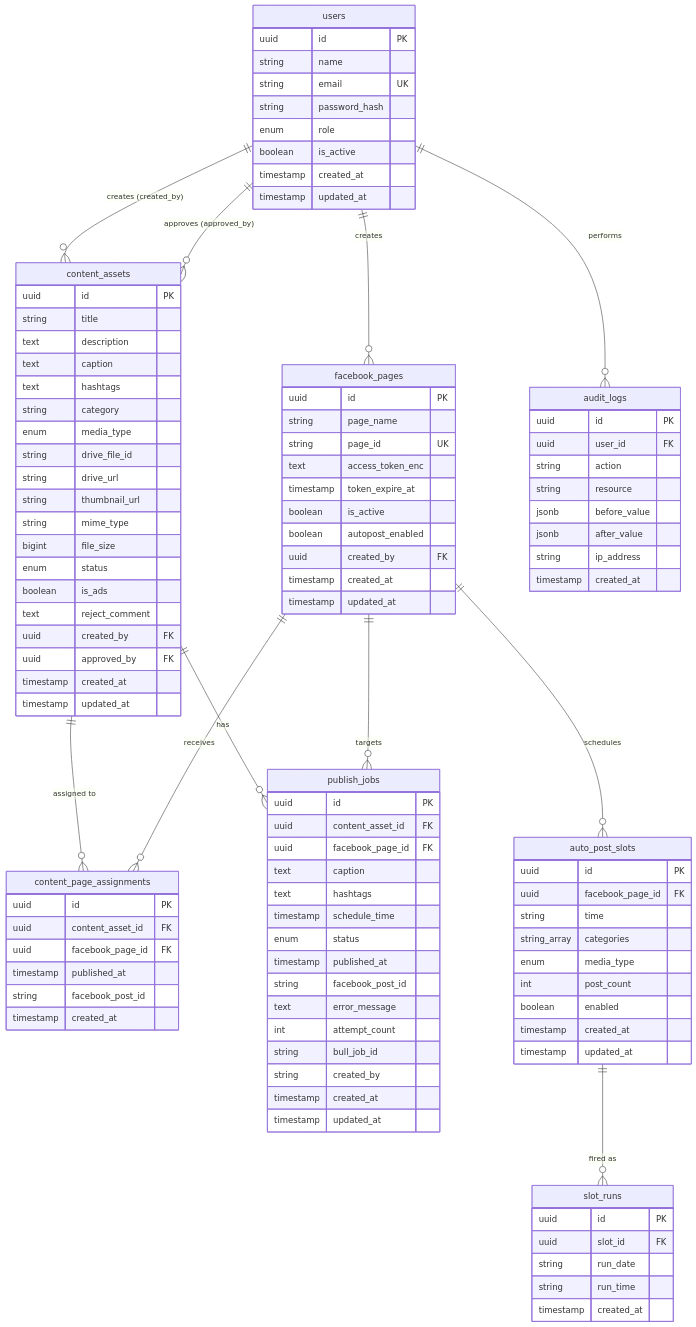
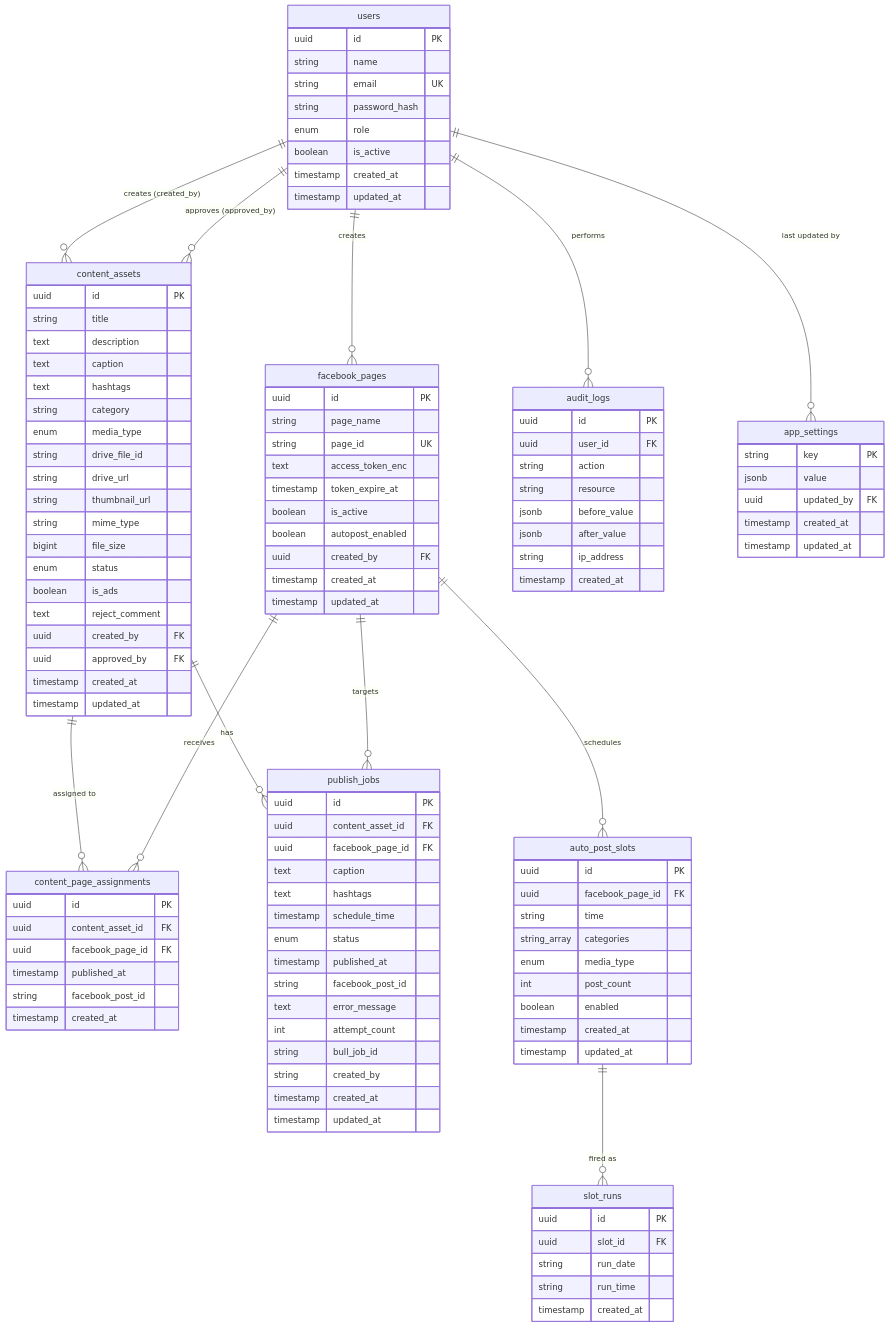
The diagram in erd.md (hieptvh18/auto-post-social), drawn with Mermaid before and after one commit. The commit also changed other lines of this file and 108 other files, not shown here.

```diff
--- a/erd.md
+++ b/erd.md
@@ -17,6 +17,7 @@
     users ||--o{ content_assets : "approves (approved_by)"
     users ||--o{ facebook_pages : creates
     users ||--o{ audit_logs : performs
+    users ||--o{ app_settings : "last updated by"
     content_assets ||--o{ content_page_assignments : "assigned to"
     facebook_pages ||--o{ content_page_assignments : receives
     content_assets ||--o{ publish_jobs : has
@@ -117,6 +118,14 @@
         timestamp updated_at
     }
 
+    app_settings {
+        string key PK
+        jsonb value
+        uuid updated_by FK
+        timestamp created_at
+        timestamp updated_at
+    }
+
     audit_logs {
         uuid id PK
         uuid user_id FK
```
